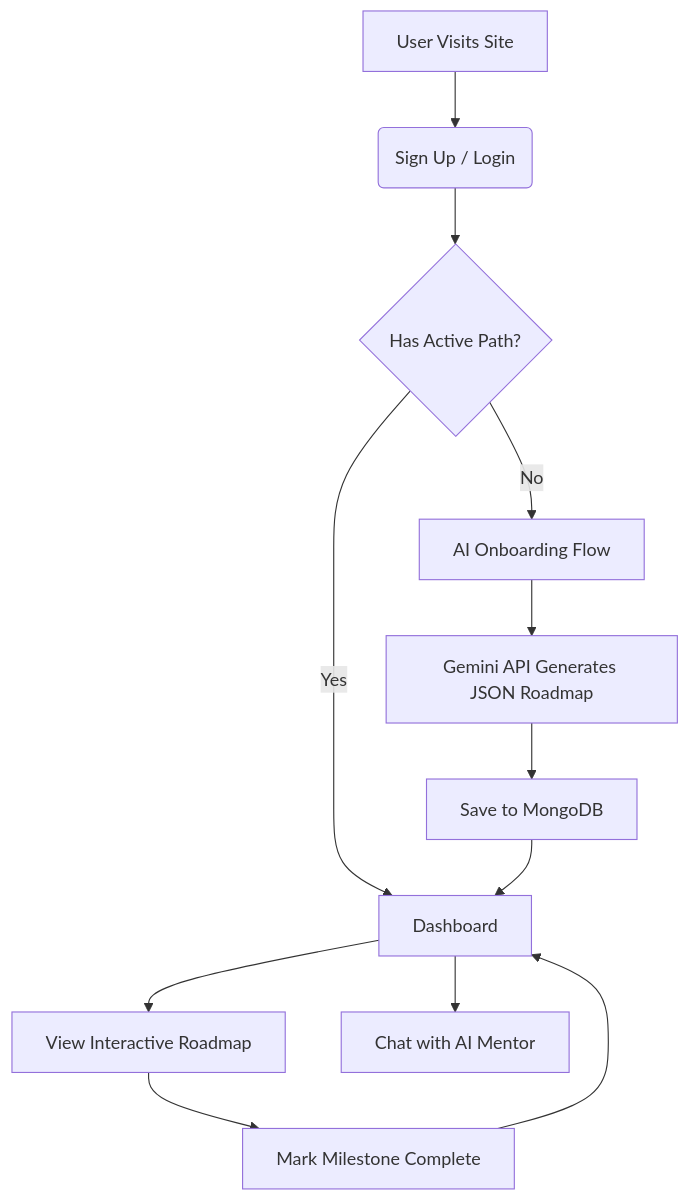
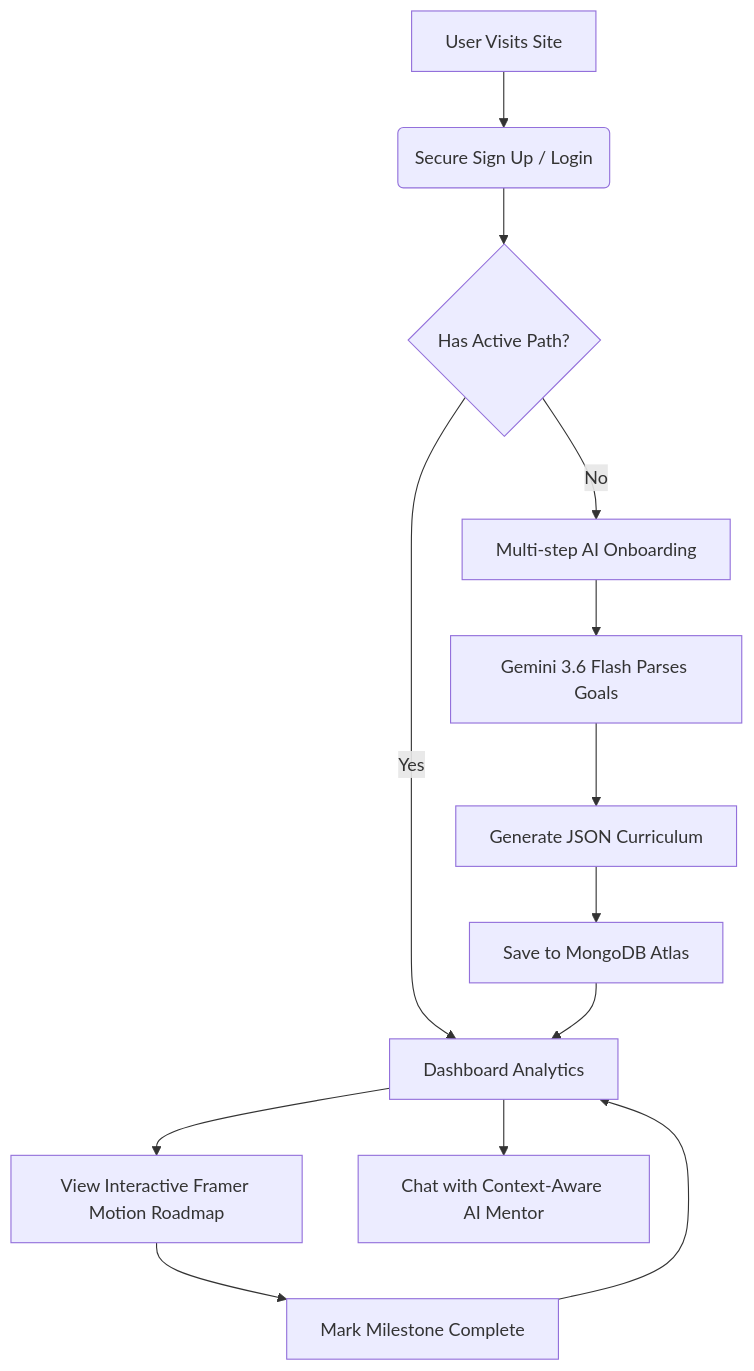
Before and after one commit to krrish-cypto/learnsync-ai: the diagram in README.md, drawn with Mermaid. The commit also changed other lines of this file, not shown here.

````diff
--- a/README.md
+++ b/README.md
@@ -38,14 +63,15 @@
 ```mermaid
 graph TD;
-    A[User Visits Site] --> B(Sign Up / Login)
+    A[User Visits Site] --> B(Secure Sign Up / Login)
     B --> C{Has Active Path?}
-    C -- No --> D[AI Onboarding Flow]
-    D --> E[Gemini API Generates JSON Roadmap]
-    E --> F[Save to MongoDB]
-    C -- Yes --> G[Dashboard]
-    F --> G
-    G --> H[View Interactive Roadmap]
-    G --> I[Chat with AI Mentor]
-    H --> J[Mark Milestone Complete]
-    J --> G
+    C -- No --> D[Multi-step AI Onboarding]
+    D --> E[Gemini 3.6 Flash Parses Goals]
+    E --> F[Generate JSON Curriculum]
+    F --> G[Save to MongoDB Atlas]
+    C -- Yes --> H[Dashboard Analytics]
+    G --> H
+    H --> I[View Interactive Framer Motion Roadmap]
+    H --> J[Chat with Context-Aware AI Mentor]
+    I --> K[Mark Milestone Complete]
+    K --> H
 ```
````
